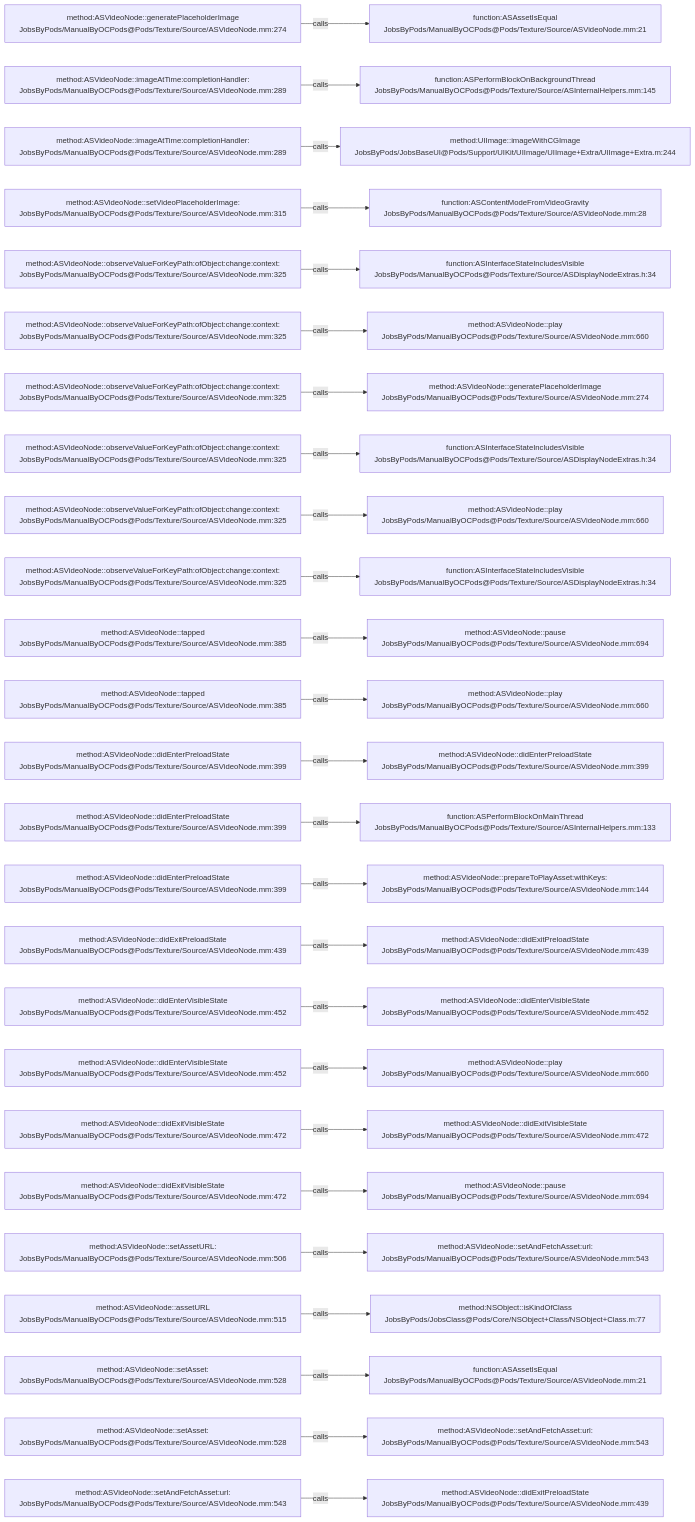
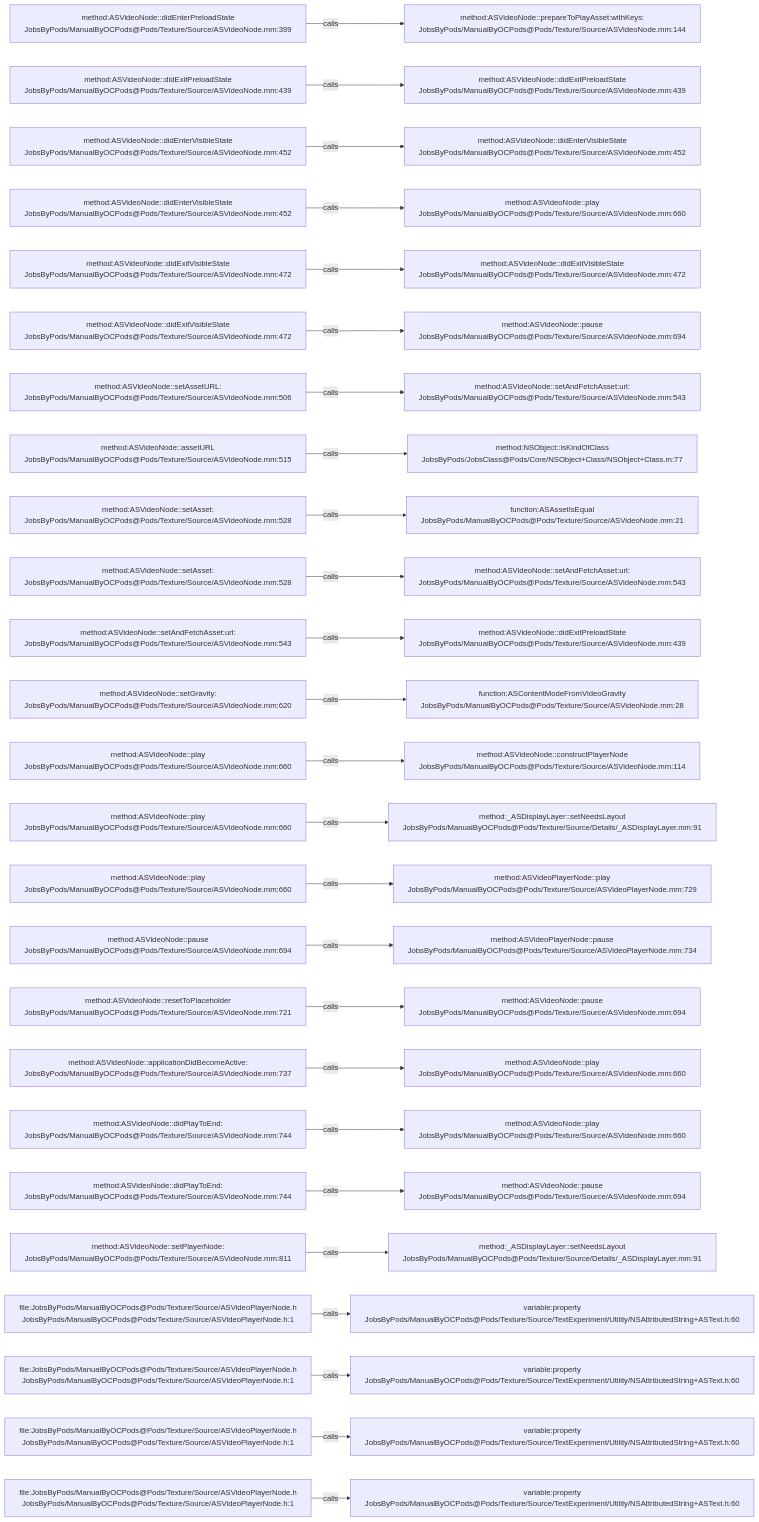
One commit to JobsKits/JobsOCBaseConfigDemo changed the diagram in .codegraph/codegraph.md/graphs/calls-145.md. Above: the diagram before and after it, drawn with Mermaid. The commit also changed 296 other files, not shown here.

````diff
--- a/.codegraph/codegraph.md/graphs/calls-145.md
+++ b/.codegraph/codegraph.md/graphs/calls-145.md
@@ -13,78 +13,78 @@
 ```mermaid
 flowchart LR
-  S1["method:ASVideoNode::generatePlaceholderImage<br/>JobsByPods/ManualByOCPods@Pods/Texture/Source/ASVideoNode.mm:274"]
-  T1["function:ASAssetIsEqual<br/>JobsByPods/ManualByOCPods@Pods/Texture/Source/ASVideoNode.mm:21"]
+  S1["method:ASVideoNode::didEnterPreloadState<br/>JobsByPods/ManualByOCPods@Pods/Texture/Source/ASVideoNode.mm:399"]
+  T1["method:ASVideoNode::prepareToPlayAsset:withKeys:<br/>JobsByPods/ManualByOCPods@Pods/Texture/Source/ASVideoNode.mm:144"]
   S1 -->|calls| T1
-  S2["method:ASVideoNode::imageAtTime:completionHandler:<br/>JobsByPods/ManualByOCPods@Pods/Texture/Source/ASVideoNode.mm:289"]
-  T2["function:ASPerformBlockOnBackgroundThread<br/>JobsByPods/ManualByOCPods@Pods/Texture/Source/ASInternalHelpers.mm:145"]
+  S2["method:ASVideoNode::didExitPreloadState<br/>JobsByPods/ManualByOCPods@Pods/Texture/Source/ASVideoNode.mm:439"]
+  T2["method:ASVideoNode::didExitPreloadState<br/>JobsByPods/ManualByOCPods@Pods/Texture/Source/ASVideoNode.mm:439"]
   S2 -->|calls| T2
-  S3["method:ASVideoNode::imageAtTime:completionHandler:<br/>JobsByPods/ManualByOCPods@Pods/Texture/Source/ASVideoNode.mm:289"]
-  T3["method:UIImage::imageWithCGImage<br/>JobsByPods/JobsBaseUI@Pods/Support/UIKit/UIImage/UIImage+Extra/UIImage+Extra.m:244"]
+  S3["method:ASVideoNode::didEnterVisibleState<br/>JobsByPods/ManualByOCPods@Pods/Texture/Source/ASVideoNode.mm:452"]
+  T3["method:ASVideoNode::didEnterVisibleState<br/>JobsByPods/ManualByOCPods@Pods/Texture/Source/ASVideoNode.mm:452"]
   S3 -->|calls| T3
-  S4["method:ASVideoNode::setVideoPlaceholderImage:<br/>JobsByPods/ManualByOCPods@Pods/Texture/Source/ASVideoNode.mm:315"]
-  T4["function:ASContentModeFromVideoGravity<br/>JobsByPods/ManualByOCPods@Pods/Texture/Source/ASVideoNode.mm:28"]
+  S4["method:ASVideoNode::didEnterVisibleState<br/>JobsByPods/ManualByOCPods@Pods/Texture/Source/ASVideoNode.mm:452"]
+  T4["method:ASVideoNode::play<br/>JobsByPods/ManualByOCPods@Pods/Texture/Source/ASVideoNode.mm:660"]
   S4 -->|calls| T4
-  S5["method:ASVideoNode::observeValueForKeyPath:ofObject:change:context:<br/>JobsByPods/ManualByOCPods@Pods/Texture/Source/ASVideoNode.mm:325"]
-  T5["function:ASInterfaceStateIncludesVisible<br/>JobsByPods/ManualByOCPods@Pods/Texture/Source/ASDisplayNodeExtras.h:34"]
+  S5["method:ASVideoNode::didExitVisibleState<br/>JobsByPods/ManualByOCPods@Pods/Texture/Source/ASVideoNode.mm:472"]
+  T5["method:ASVideoNode::didExitVisibleState<br/>JobsByPods/ManualByOCPods@Pods/Texture/Source/ASVideoNode.mm:472"]
   S5 -->|calls| T5
-  S6["method:ASVideoNode::observeValueForKeyPath:ofObject:change:context:<br/>JobsByPods/ManualByOCPods@Pods/Texture/Source/ASVideoNode.mm:325"]
-  T6["method:ASVideoNode::play<br/>JobsByPods/ManualByOCPods@Pods/Texture/Source/ASVideoNode.mm:660"]
+  S6["method:ASVideoNode::didExitVisibleState<br/>JobsByPods/ManualByOCPods@Pods/Texture/Source/ASVideoNode.mm:472"]
+  T6["method:ASVideoNode::pause<br/>JobsByPods/ManualByOCPods@Pods/Texture/Source/ASVideoNode.mm:694"]
   S6 -->|calls| T6
-  S7["method:ASVideoNode::observeValueForKeyPath:ofObject:change:context:<br/>JobsByPods/ManualByOCPods@Pods/Texture/Source/ASVideoNode.mm:325"]
-  T7["method:ASVideoNode::generatePlaceholderImage<br/>JobsByPods/ManualByOCPods@Pods/Texture/Source/ASVideoNode.mm:274"]
+  S7["method:ASVideoNode::setAssetURL:<br/>JobsByPods/ManualByOCPods@Pods/Texture/Source/ASVideoNode.mm:506"]
+  T7["method:ASVideoNode::setAndFetchAsset:url:<br/>JobsByPods/ManualByOCPods@Pods/Texture/Source/ASVideoNode.mm:543"]
   S7 -->|calls| T7
-  S8["method:ASVideoNode::observeValueForKeyPath:ofObject:change:context:<br/>JobsByPods/ManualByOCPods@Pods/Texture/Source/ASVideoNode.mm:325"]
-  T8["function:ASInterfaceStateIncludesVisible<br/>JobsByPods/ManualByOCPods@Pods/Texture/Source/ASDisplayNodeExtras.h:34"]
+  S8["method:ASVideoNode::assetURL<br/>JobsByPods/ManualByOCPods@Pods/Texture/Source/ASVideoNode.mm:515"]
+  T8["method:NSObject::isKindOfClass<br/>JobsByPods/JobsClass@Pods/Core/NSObject+Class/NSObject+Class.m:77"]
   S8 -->|calls| T8
-  S9["method:ASVideoNode::observeValueForKeyPath:ofObject:change:context:<br/>JobsByPods/ManualByOCPods@Pods/Texture/Source/ASVideoNode.mm:325"]
-  T9["method:ASVideoNode::play<br/>JobsByPods/ManualByOCPods@Pods/Texture/Source/ASVideoNode.mm:660"]
+  S9["method:ASVideoNode::setAsset:<br/>JobsByPods/ManualByOCPods@Pods/Texture/Source/ASVideoNode.mm:528"]
+  T9["function:ASAssetIsEqual<br/>JobsByPods/ManualByOCPods@Pods/Texture/Source/ASVideoNode.mm:21"]
   S9 -->|calls| T9
-  S10["method:ASVideoNode::observeValueForKeyPath:ofObject:change:context:<br/>JobsByPods/ManualByOCPods@Pods/Texture/Source/ASVideoNode.mm:325"]
-  T10["function:ASInterfaceStateIncludesVisible<br/>JobsByPods/ManualByOCPods@Pods/Texture/Source/ASDisplayNodeExtras.h:34"]
+  S10["method:ASVideoNode::setAsset:<br/>JobsByPods/ManualByOCPods@Pods/Texture/Source/ASVideoNode.mm:528"]
+  T10["method:ASVideoNode::setAndFetchAsset:url:<br/>JobsByPods/ManualByOCPods@Pods/Texture/Source/ASVideoNode.mm:543"]
   S10 -->|calls| T10
-  S11["method:ASVideoNode::tapped<br/>JobsByPods/ManualByOCPods@Pods/Texture/Source/ASVideoNode.mm:385"]
-  T11["method:ASVideoNode::pause<br/>JobsByPods/ManualByOCPods@Pods/Texture/Source/ASVideoNode.mm:694"]
+  S11["method:ASVideoNode::setAndFetchAsset:url:<br/>JobsByPods/ManualByOCPods@Pods/Texture/Source/ASVideoNode.mm:543"]
+  T11["method:ASVideoNode::didExitPreloadState<br/>JobsByPods/ManualByOCPods@Pods/Texture/Source/ASVideoNode.mm:439"]
   S11 -->|calls| T11
-  S12["method:ASVideoNode::tapped<br/>JobsByPods/ManualByOCPods@Pods/Texture/Source/ASVideoNode.mm:385"]
-  T12["method:ASVideoNode::play<br/>JobsByPods/ManualByOCPods@Pods/Texture/Source/ASVideoNode.mm:660"]
+  S12["method:ASVideoNode::setGravity:<br/>JobsByPods/ManualByOCPods@Pods/Texture/Source/ASVideoNode.mm:620"]
+  T12["function:ASContentModeFromVideoGravity<br/>JobsByPods/ManualByOCPods@Pods/Texture/Source/ASVideoNode.mm:28"]
   S12 -->|calls| T12
-  S13["method:ASVideoNode::didEnterPreloadState<br/>JobsByPods/ManualByOCPods@Pods/Texture/Source/ASVideoNode.mm:399"]
-  T13["method:ASVideoNode::didEnterPreloadState<br/>JobsByPods/ManualByOCPods@Pods/Texture/Source/ASVideoNode.mm:399"]
+  S13["method:ASVideoNode::play<br/>JobsByPods/ManualByOCPods@Pods/Texture/Source/ASVideoNode.mm:660"]
+  T13["method:ASVideoNode::constructPlayerNode<br/>JobsByPods/ManualByOCPods@Pods/Texture/Source/ASVideoNode.mm:114"]
   S13 -->|calls| T13
-  S14["method:ASVideoNode::didEnterPreloadState<br/>JobsByPods/ManualByOCPods@Pods/Texture/Source/ASVideoNode.mm:399"]
-  T14["function:ASPerformBlockOnMainThread<br/>JobsByPods/ManualByOCPods@Pods/Texture/Source/ASInternalHelpers.mm:133"]
+  S14["method:ASVideoNode::play<br/>JobsByPods/ManualByOCPods@Pods/Texture/Source/ASVideoNode.mm:660"]
+  T14["method:_ASDisplayLayer::setNeedsLayout<br/>JobsByPods/ManualByOCPods@Pods/Texture/Source/Details/_ASDisplayLayer.mm:91"]
   S14 -->|calls| T14
-  S15["method:ASVideoNode::didEnterPreloadState<br/>JobsByPods/ManualByOCPods@Pods/Texture/Source/ASVideoNode.mm:399"]
-  T15["method:ASVideoNode::prepareToPlayAsset:withKeys:<br/>JobsByPods/ManualByOCPods@Pods/Texture/Source/ASVideoNode.mm:144"]
+  S15["method:ASVideoNode::play<br/>JobsByPods/ManualByOCPods@Pods/Texture/Source/ASVideoNode.mm:660"]
+  T15["method:ASVideoPlayerNode::play<br/>JobsByPods/ManualByOCPods@Pods/Texture/Source/ASVideoPlayerNode.mm:729"]
   S15 -->|calls| T15
-  S16["method:ASVideoNode::didExitPreloadState<br/>JobsByPods/ManualByOCPods@Pods/Texture/Source/ASVideoNode.mm:439"]
-  T16["method:ASVideoNode::didExitPreloadState<br/>JobsByPods/ManualByOCPods@Pods/Texture/Source/ASVideoNode.mm:439"]
+  S16["method:ASVideoNode::pause<br/>JobsByPods/ManualByOCPods@Pods/Texture/Source/ASVideoNode.mm:694"]
+  T16["method:ASVideoPlayerNode::pause<br/>JobsByPods/ManualByOCPods@Pods/Texture/Source/ASVideoPlayerNode.mm:734"]
   S16 -->|calls| T16
-  S17["method:ASVideoNode::didEnterVisibleState<br/>JobsByPods/ManualByOCPods@Pods/Texture/Source/ASVideoNode.mm:452"]
-  T17["method:ASVideoNode::didEnterVisibleState<br/>JobsByPods/ManualByOCPods@Pods/Texture/Source/ASVideoNode.mm:452"]
+  S17["method:ASVideoNode::resetToPlaceholder<br/>JobsByPods/ManualByOCPods@Pods/Texture/Source/ASVideoNode.mm:721"]
+  T17["method:ASVideoNode::pause<br/>JobsByPods/ManualByOCPods@Pods/Texture/Source/ASVideoNode.mm:694"]
   S17 -->|calls| T17
-  S18["method:ASVideoNode::didEnterVisibleState<br/>JobsByPods/ManualByOCPods@Pods/Texture/Source/ASVideoNode.mm:452"]
+  S18["method:ASVideoNode::applicationDidBecomeActive:<br/>JobsByPods/ManualByOCPods@Pods/Texture/Source/ASVideoNode.mm:737"]
   T18["method:ASVideoNode::play<br/>JobsByPods/ManualByOCPods@Pods/Texture/Source/ASVideoNode.mm:660"]
   S18 -->|calls| T18
-  S19["method:ASVideoNode::didExitVisibleState<br/>JobsByPods/ManualByOCPods@Pods/Texture/Source/ASVideoNode.mm:472"]
-  T19["method:ASVideoNode::didExitVisibleState<br/>JobsByPods/ManualByOCPods@Pods/Texture/Source/ASVideoNode.mm:472"]
+  S19["method:ASVideoNode::didPlayToEnd:<br/>JobsByPods/ManualByOCPods@Pods/Texture/Source/ASVideoNode.mm:744"]
+  T19["method:ASVideoNode::play<br/>JobsByPods/ManualByOCPods@Pods/Texture/Source/ASVideoNode.mm:660"]
   S19 -->|calls| T19
-  S20["method:ASVideoNode::didExitVisibleState<br/>JobsByPods/ManualByOCPods@Pods/Texture/Source/ASVideoNode.mm:472"]
+  S20["method:ASVideoNode::didPlayToEnd:<br/>JobsByPods/ManualByOCPods@Pods/Texture/Source/ASVideoNode.mm:744"]
   T20["method:ASVideoNode::pause<br/>JobsByPods/ManualByOCPods@Pods/Texture/Source/ASVideoNode.mm:694"]
   S20 -->|calls| T20
-  S21["method:ASVideoNode::setAssetURL:<br/>JobsByPods/ManualByOCPods@Pods/Texture/Source/ASVideoNode.mm:506"]
-  T21["method:ASVideoNode::setAndFetchAsset:url:<br/>JobsByPods/ManualByOCPods@Pods/Texture/Source/ASVideoNode.mm:543"]
+  S21["method:ASVideoNode::setPlayerNode:<br/>JobsByPods/ManualByOCPods@Pods/Texture/Source/ASVideoNode.mm:811"]
+  T21["method:_ASDisplayLayer::setNeedsLayout<br/>JobsByPods/ManualByOCPods@Pods/Texture/Source/Details/_ASDisplayLayer.mm:91"]
   S21 -->|calls| T21
-  S22["method:ASVideoNode::assetURL<br/>JobsByPods/ManualByOCPods@Pods/Texture/Source/ASVideoNode.mm:515"]
-  T22["method:NSObject::isKindOfClass<br/>JobsByPods/JobsClass@Pods/Core/NSObject+Class/NSObject+Class.m:77"]
+  S22["file:JobsByPods/ManualByOCPods@Pods/Texture/Source/ASVideoPlayerNode.h<br/>JobsByPods/ManualByOCPods@Pods/Texture/Source/ASVideoPlayerNode.h:1"]
+  T22["variable:property<br/>JobsByPods/ManualByOCPods@Pods/Texture/Source/TextExperiment/Utility/NSAttributedString+ASText.h:60"]
   S22 -->|calls| T22
-  S23["method:ASVideoNode::setAsset:<br/>JobsByPods/ManualByOCPods@Pods/Texture/Source/ASVideoNode.mm:528"]
-  T23["function:ASAssetIsEqual<br/>JobsByPods/ManualByOCPods@Pods/Texture/Source/ASVideoNode.mm:21"]
+  S23["file:JobsByPods/ManualByOCPods@Pods/Texture/Source/ASVideoPlayerNode.h<br/>JobsByPods/ManualByOCPods@Pods/Texture/Source/ASVideoPlayerNode.h:1"]
+  T23["variable:property<br/>JobsByPods/ManualByOCPods@Pods/Texture/Source/TextExperiment/Utility/NSAttributedString+ASText.h:60"]
   S23 -->|calls| T23
-  S24["method:ASVideoNode::setAsset:<br/>JobsByPods/ManualByOCPods@Pods/Texture/Source/ASVideoNode.mm:528"]
-  T24["method:ASVideoNode::setAndFetchAsset:url:<br/>JobsByPods/ManualByOCPods@Pods/Texture/Source/ASVideoNode.mm:543"]
+  S24["file:JobsByPods/ManualByOCPods@Pods/Texture/Source/ASVideoPlayerNode.h<br/>JobsByPods/ManualByOCPods@Pods/Texture/Source/ASVideoPlayerNode.h:1"]
+  T24["variable:property<br/>JobsByPods/ManualByOCPods@Pods/Texture/Source/TextExperiment/Utility/NSAttributedString+ASText.h:60"]
   S24 -->|calls| T24
-  S25["method:ASVideoNode::setAndFetchAsset:url:<br/>JobsByPods/ManualByOCPods@Pods/Texture/Source/ASVideoNode.mm:543"]
-  T25["method:ASVideoNode::didExitPreloadState<br/>JobsByPods/ManualByOCPods@Pods/Texture/Source/ASVideoNode.mm:439"]
+  S25["file:JobsByPods/ManualByOCPods@Pods/Texture/Source/ASVideoPlayerNode.h<br/>JobsByPods/ManualByOCPods@Pods/Texture/Source/ASVideoPlayerNode.h:1"]
+  T25["variable:property<br/>JobsByPods/ManualByOCPods@Pods/Texture/Source/TextExperiment/Utility/NSAttributedString+ASText.h:60"]
   S25 -->|calls| T25
 ```
````
